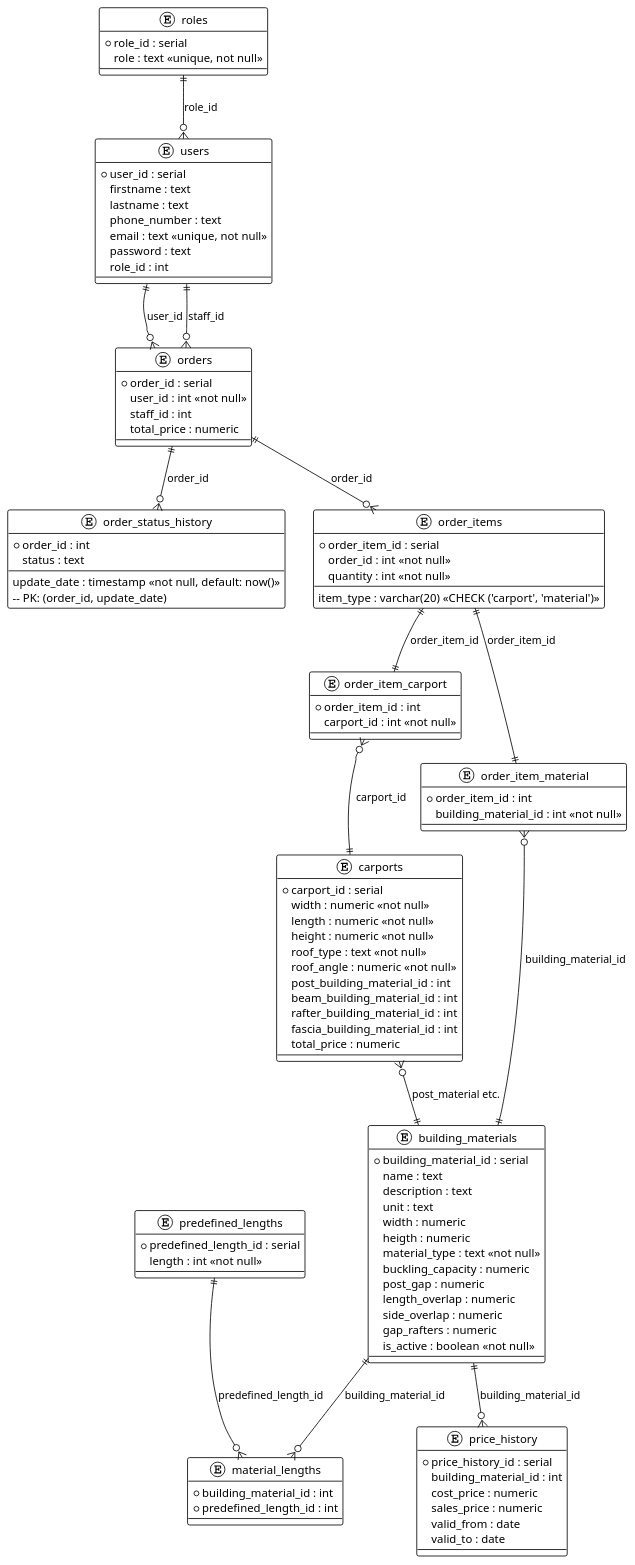
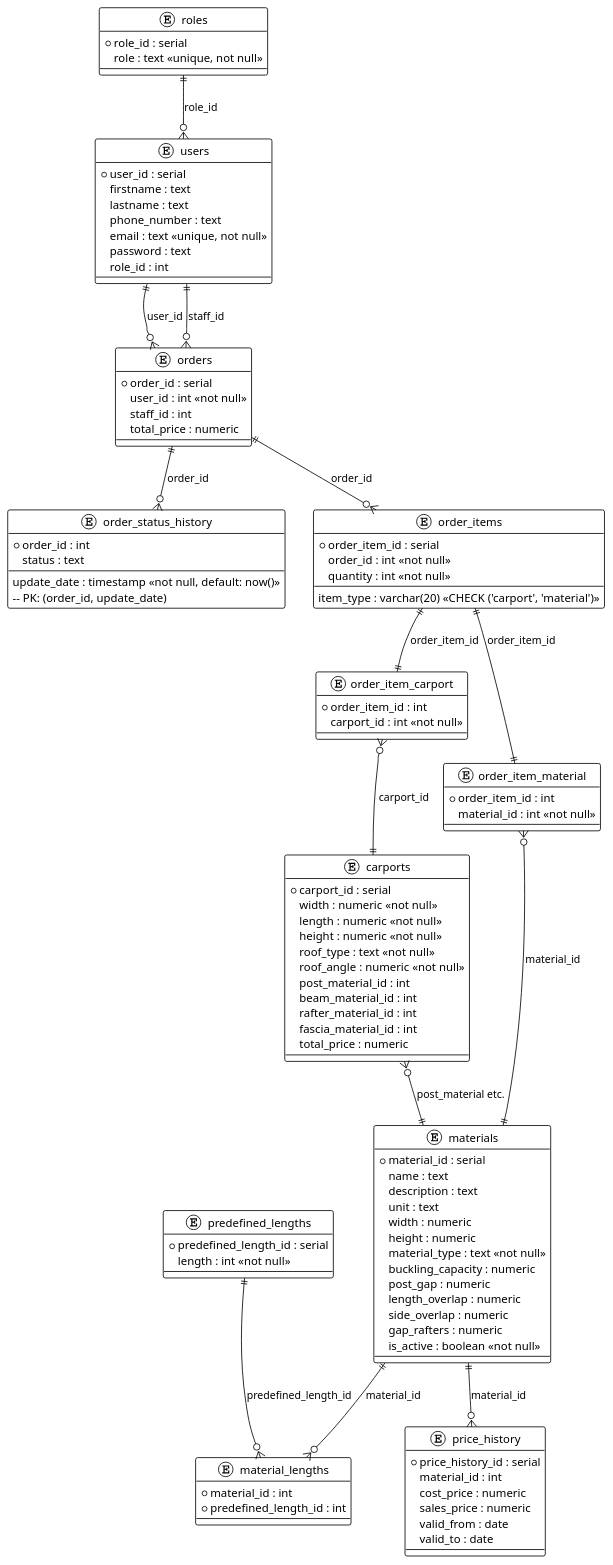
The diagram in docs/diagrams/ERD Carport.puml (Styrse/Carport), drawn with PlantUML before and after one commit. The commit also changed 12 other files, not shown here.

```diff
--- a/docs/diagrams/ERD Carport.puml
+++ b/docs/diagrams/ERD Carport.puml
@@ -1,113 +1,113 @@
 @startuml
 !theme plain
 
 entity users {
   +user_id : serial
   firstname : text
   lastname : text
   phone_number : text
   email : text <<unique, not null>>
   password : text
   role_id : int
 }
 
 entity roles {
   +role_id : serial
   role : text <<unique, not null>>
 }
 
 entity orders {
   +order_id : serial
   user_id : int <<not null>>
   staff_id : int
   total_price : numeric
 }
 
 entity order_status_history {
   *order_id : int
   status : text
   update_date : timestamp <<not null, default: now()>>
   -- PK: (order_id, update_date)
 }
 
 entity order_items {
   +order_item_id : serial
   order_id : int <<not null>>
   item_type : varchar(20) <<CHECK ('carport', 'material')>>
   quantity : int <<not null>>
 }
 
 entity order_item_carport {
   *order_item_id : int
   carport_id : int <<not null>>
 }
 
 entity order_item_material {
   *order_item_id : int
-  building_material_id : int <<not null>>
+  material_id : int <<not null>>
 }
 
 entity carports {
   +carport_id : serial
   width : numeric <<not null>>
   length : numeric <<not null>>
   height : numeric <<not null>>
   roof_type : text <<not null>>
   roof_angle : numeric <<not null>>
-  post_building_material_id : int
-  beam_building_material_id : int
-  rafter_building_material_id : int
-  fascia_building_material_id : int
+  post_material_id : int
+  beam_material_id : int
+  rafter_material_id : int
+  fascia_material_id : int
   total_price : numeric
 }
 
-entity building_materials {
-  +building_material_id : serial
+entity materials {
+  +material_id : serial
   name : text
   description : text
   unit : text
   width : numeric
-  heigth : numeric
+  height : numeric
   material_type : text <<not null>>
   buckling_capacity : numeric
   post_gap : numeric
   length_overlap : numeric
   side_overlap : numeric
   gap_rafters : numeric
   is_active : boolean <<not null>>
 }
 
 entity predefined_lengths {
   +predefined_length_id : serial
   length : int <<not null>>
 }
 
 entity material_lengths {
-  *building_material_id : int
+  *material_id : int
   *predefined_length_id : int
 }
 
 entity price_history {
   +price_history_id : serial
-  building_material_id : int
+  material_id : int
   cost_price : numeric
   sales_price : numeric
   valid_from : date
   valid_to : date
 }
 
 ' Relationships
 users ||--o{ orders : user_id
 users ||--o{ orders : staff_id
 roles ||--o{ users : role_id
 orders ||--o{ order_status_history : order_id
 orders ||--o{ order_items : order_id
 order_items ||--|| order_item_carport : order_item_id
 order_items ||--|| order_item_material : order_item_id
 order_item_carport }o--|| carports : carport_id
-order_item_material }o--|| building_materials : building_material_id
-carports }o--|| building_materials : post_material etc.
-building_materials ||--o{ material_lengths : building_material_id
+order_item_material }o--|| materials : material_id
+carports }o--|| materials : post_material etc.
+materials ||--o{ material_lengths : material_id
 predefined_lengths ||--o{ material_lengths : predefined_length_id
-building_materials ||--o{ price_history : building_material_id
+materials ||--o{ price_history : material_id
 @enduml
```
